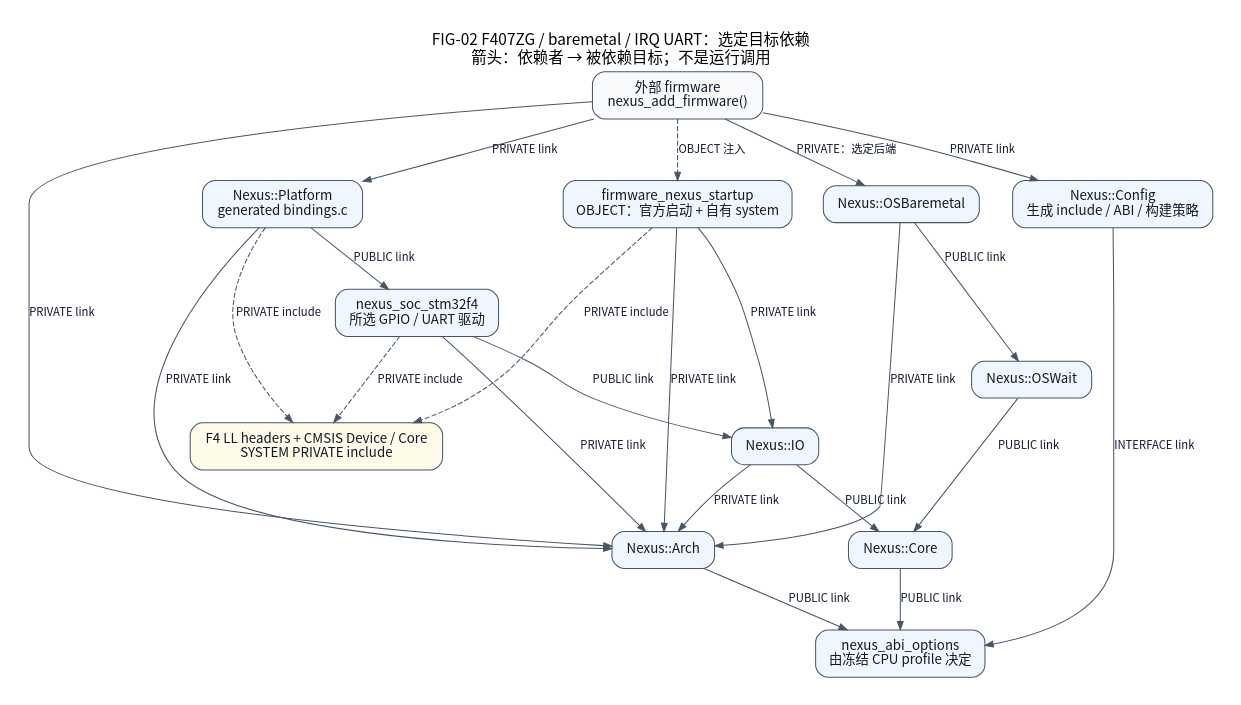
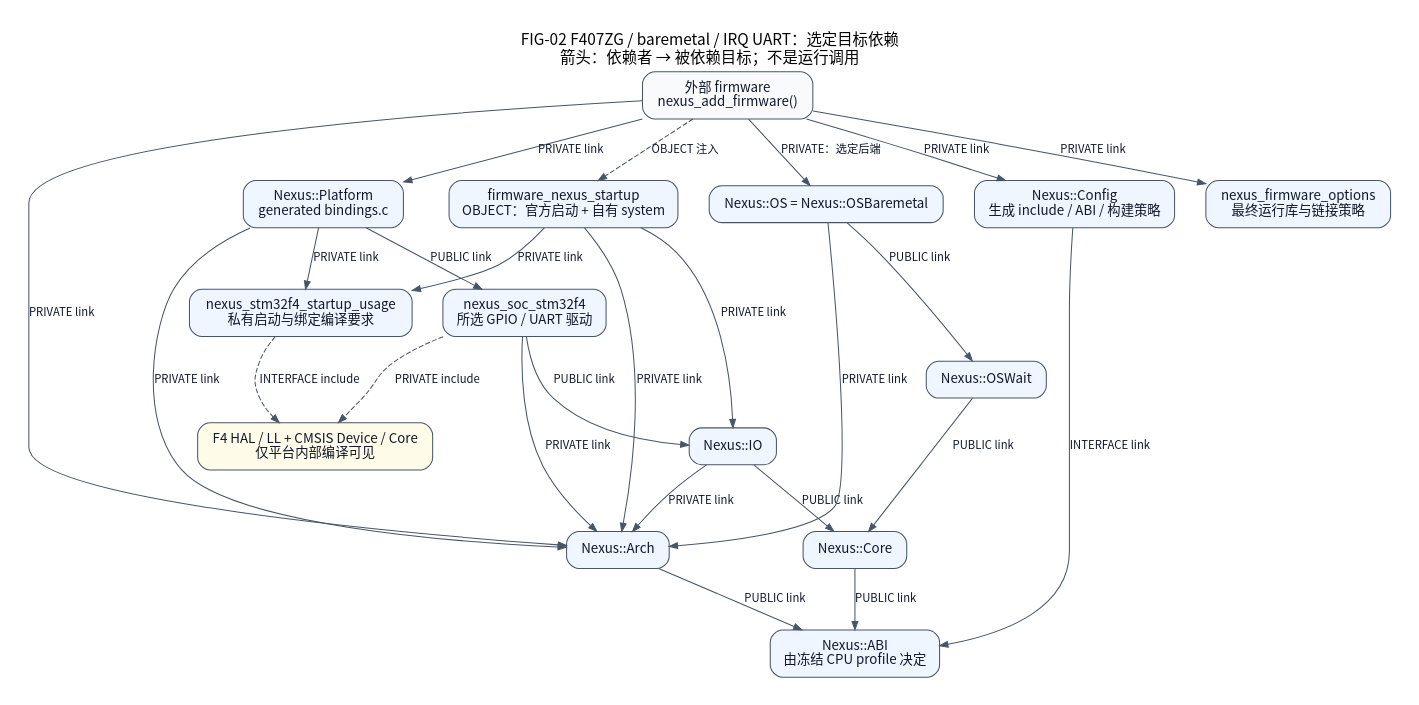
One commit to X-Gen-Lab/nexus changed the diagram in docs/assets/diagrams/build-targets.dot. Above: the diagram before and after it, drawn with Graphviz. The commit also changed 172 other files, not shown here.

```diff
--- a/docs/assets/diagrams/build-targets.dot
+++ b/docs/assets/diagrams/build-targets.dot
@@ -1,59 +1,65 @@
 // FIG-02 reference: source-backed, scoped engineering view.
-// Code basis: 0111c8d3b9c7b37d258b9c401070305b13b6f3a1.
+// Code basis: cmake/platform/CMakeLists.txt; Firmware.cmake; Options.cmake; soc/stm32/stm32f4/CMakeLists.txt.
 // Relations and qualification limits are documented in README.md.
 digraph BuildTargets {
     graph [newrank=true, rankdir=TB, bgcolor="white", pad=0.28, nodesep=0.42,
            ranksep=0.66, fontname="Noto Sans CJK SC", fontsize=15,
            labelloc=t];
     node [shape=box, style="rounded,filled", fillcolor="#eff6ff",
           color="#475569", fontcolor="#0f172a", fontname="Noto Sans CJK SC",
           fontsize=13, margin="0.18,0.12"];
     edge [color="#475569", fontcolor="#0f172a",
           fontname="Noto Sans CJK SC", fontsize=11, arrowsize=0.8];
 
     graph [label="FIG-02 F407ZG / baremetal / IRQ UART：选定目标依赖
 箭头：依赖者 → 被依赖目标；不是运行调用"];
     firmware [label="外部 firmware
 nexus_add_firmware()", fillcolor="#f8fafc"];
     startup [label="firmware_nexus_startup
 OBJECT：官方启动 + 自有 system"];
     platform [label="Nexus::Platform
 generated bindings.c"];
     soc [label="nexus_soc_stm32f4
 所选 GPIO / UART 驱动"];
     io [label="Nexus::IO"];
     arch [label="Nexus::Arch"];
     core [label="Nexus::Core"];
-    bare [label="Nexus::OSBaremetal"];
+    bare [label="Nexus::OS = Nexus::OSBaremetal"];
     wait [label="Nexus::OSWait"];
-    abi [label="nexus_abi_options
+    abi [label="Nexus::ABI
 由冻结 CPU profile 决定"];
     config [label="Nexus::Config
 生成 include / ABI / 构建策略"];
-    sdk [label="F4 LL headers + CMSIS Device / Core
-SYSTEM PRIVATE include", fillcolor="#fefce8"];
+    startup_usage [label="nexus_stm32f4_startup_usage
+私有启动与绑定编译要求"];
+    image_policy [label="nexus_firmware_options
+最终运行库与链接策略"];
+    sdk [label="F4 HAL / LL + CMSIS Device / Core
+仅平台内部编译可见", fillcolor="#fefce8"];
     firmware -> platform [label="PRIVATE link"];
     firmware -> arch [label="PRIVATE link"];
     firmware -> bare [label="PRIVATE：选定后端"];
     firmware -> config [label="PRIVATE link"];
+    firmware -> image_policy [label="PRIVATE link"];
     firmware -> startup [label="OBJECT 注入", style=dashed];
     platform -> soc [label="PUBLIC link"];
     platform -> arch [label="PRIVATE link"];
-    platform -> sdk [label="PRIVATE include", style=dashed];
+    platform -> startup_usage [label="PRIVATE link"];
     soc -> io [label="PUBLIC link"];
     soc -> arch [label="PRIVATE link"];
     soc -> sdk [label="PRIVATE include", style=dashed];
-    startup -> sdk [label="PRIVATE include", style=dashed];
+    startup -> startup_usage [label="PRIVATE link"];
+    startup_usage -> sdk [label="INTERFACE include", style=dashed];
     startup -> io [label="PRIVATE link"];
     startup -> arch [label="PRIVATE link"];
     io -> core [label="PUBLIC link"];
     io -> arch [label="PRIVATE link"];
     bare -> wait [label="PUBLIC link"];
     bare -> arch [label="PRIVATE link"];
     wait -> core [label="PUBLIC link"];
     core -> abi [label="PUBLIC link"];
     arch -> abi [label="PUBLIC link"];
     config -> abi [label="INTERFACE link"];
     { rank=same; platform; bare; startup; config; }
     { rank=same; core; arch; }
 }
```
